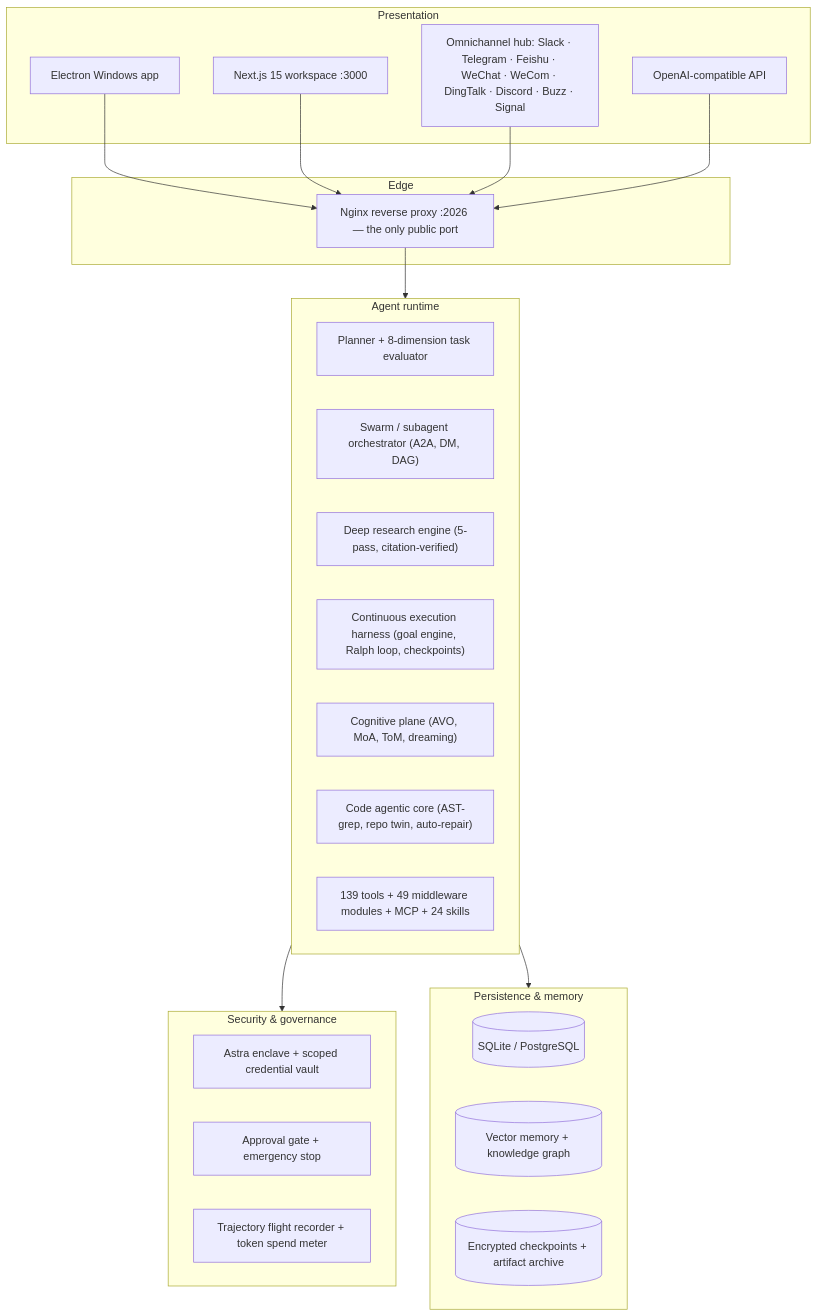
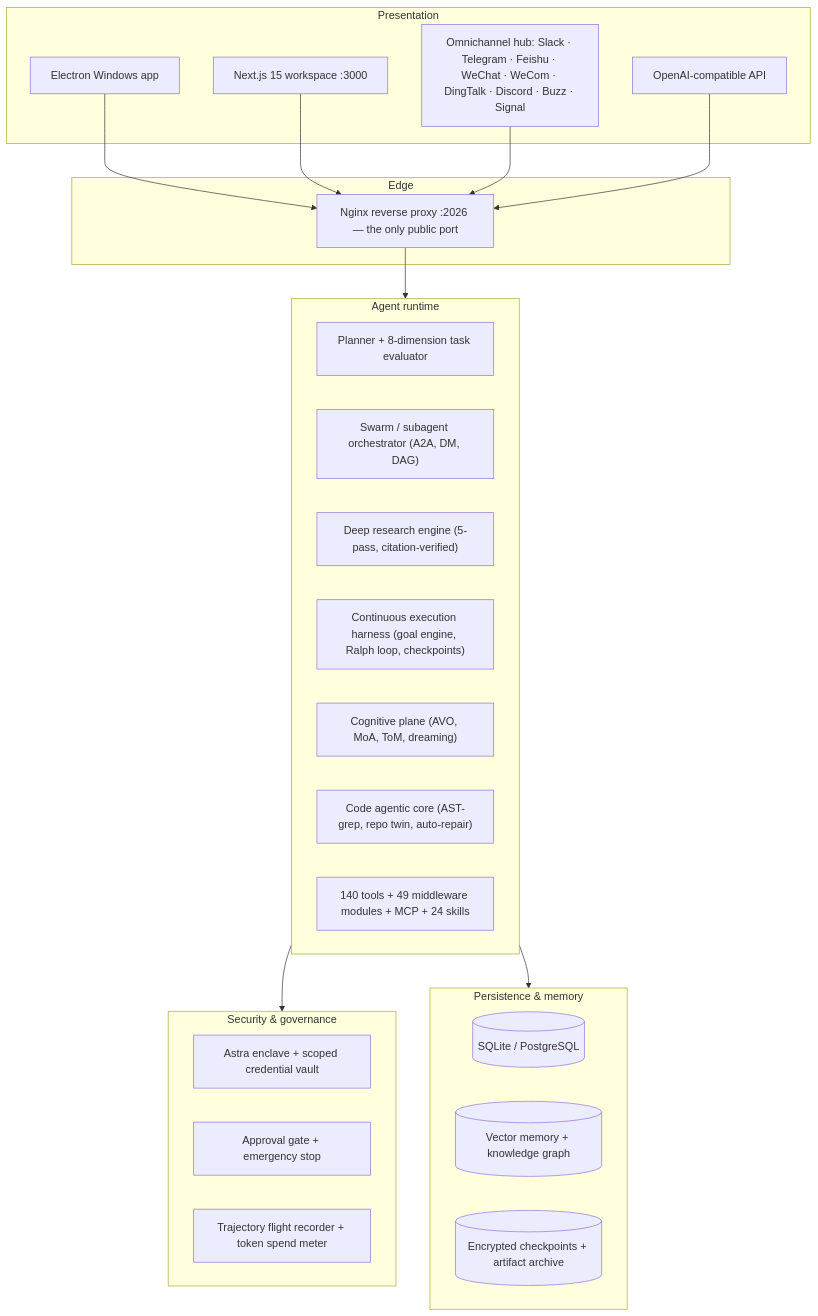
Before and after one commit to itsPremkumar/alpha: the diagram in README.md, drawn with Mermaid. The commit also changed other lines of this file and 6 other files, not shown here.

````diff
--- a/README.md
+++ b/README.md
@@ -139,43 +139,43 @@
 ```mermaid
 flowchart TB
     subgraph Presentation ["Presentation"]
         Electron["Electron Windows app"]
         Web["Next.js 15 workspace :3000"]
         IM["Omnichannel hub: Slack · Telegram · Feishu · WeChat · WeCom · DingTalk · Discord · Buzz · Signal"]
         OpenAICompat["OpenAI-compatible API"]
     end
 
     subgraph Edge ["Edge"]
         Nginx["Nginx reverse proxy :2026 — the only public port"]
     end
 
     subgraph Runtime ["Agent runtime"]
         Planner["Planner + 8-dimension task evaluator"]
         Orchestrator["Swarm / subagent orchestrator (A2A, DM, DAG)"]
         Research["Deep research engine (5-pass, citation-verified)"]
         Harness["Continuous execution harness (goal engine, Ralph loop, checkpoints)"]
         Cognition["Cognitive plane (AVO, MoA, ToM, dreaming)"]
         CodeCore["Code agentic core (AST-grep, repo twin, auto-repair)"]
-        Tools["139 tools + 49 middleware modules + MCP + 24 skills"]
+        Tools["140 tools + 49 middleware modules + MCP + 24 skills"]
     end
 
     subgraph Security ["Security & governance"]
         Astra["Astra enclave + scoped credential vault"]
         Approval["Approval gate + emergency stop"]
         Audit["Trajectory flight recorder + token spend meter"]
     end
 
     subgraph Storage ["Persistence & memory"]
         DB[("SQLite / PostgreSQL")]
         Mem[("Vector memory + knowledge graph")]
         CKPT[("Encrypted checkpoints + artifact archive")]
     end
 
     Electron --> Nginx
     Web --> Nginx
     IM --> Nginx
     OpenAICompat --> Nginx
     Nginx --> Runtime
     Runtime --> Security
     Runtime --> Storage
 ```
````
